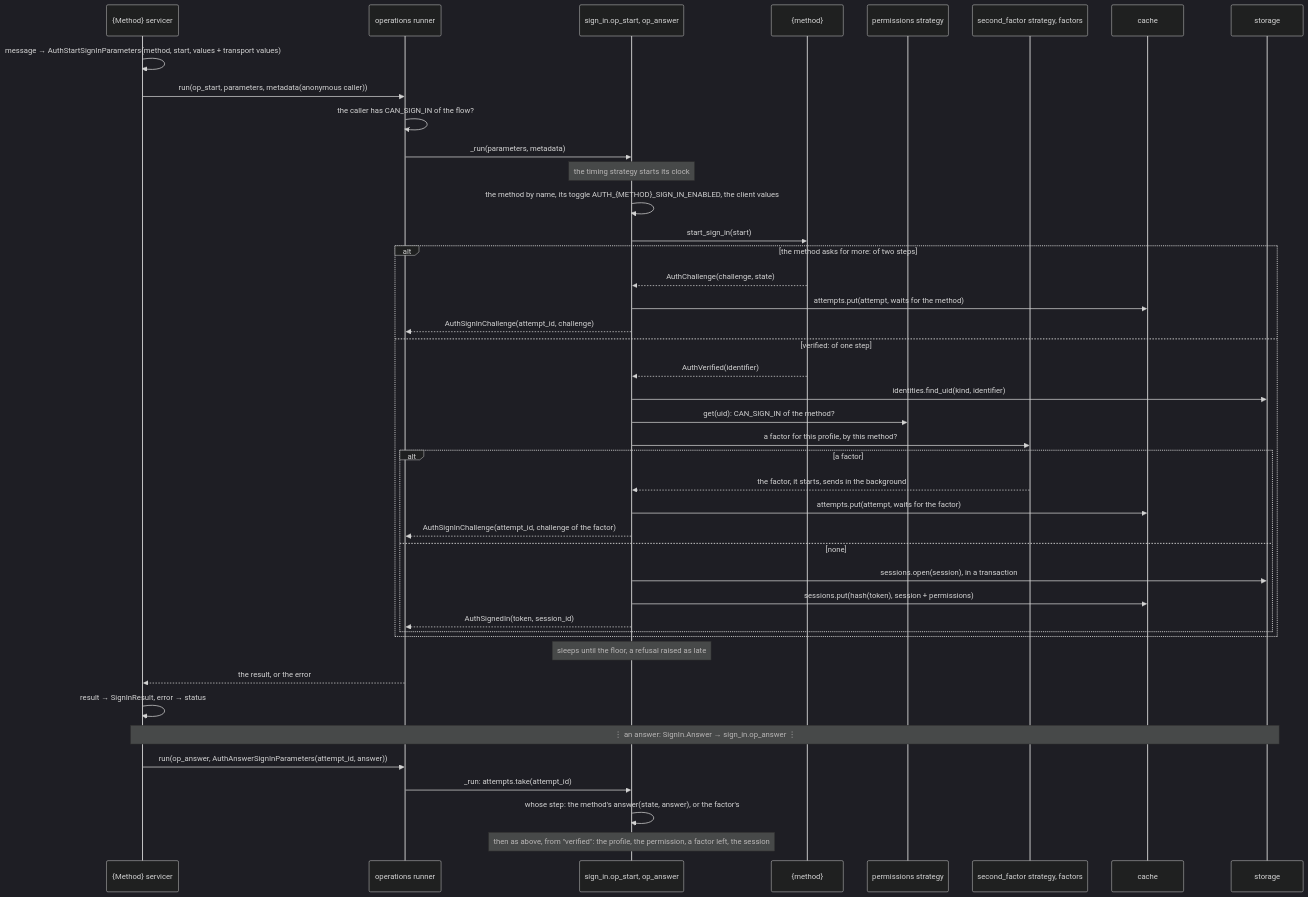
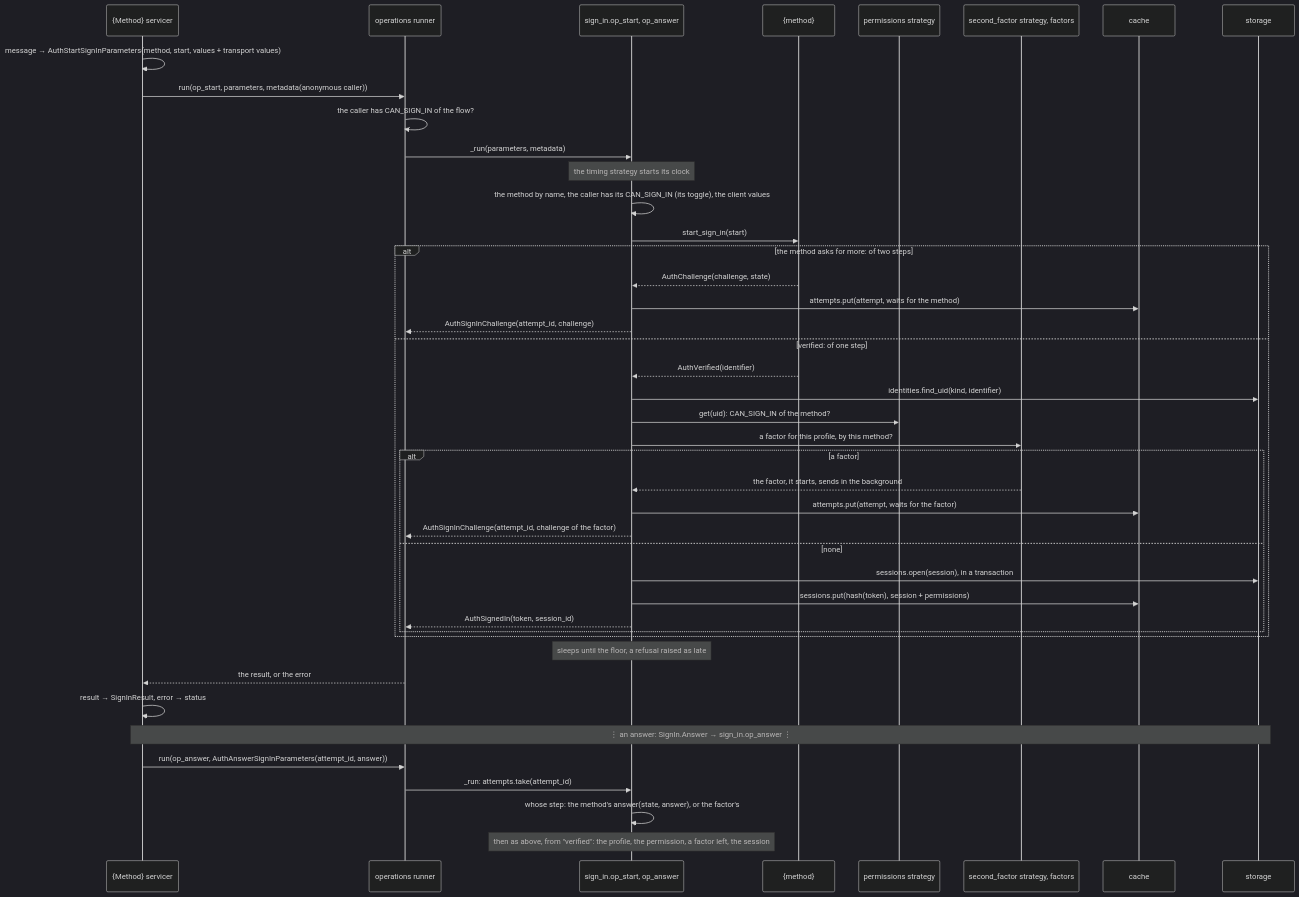
The third of 4 diagrams in docs/design/auth/methods/README.md (ak-ingots/ingots-libs), drawn with Mermaid (dark theme) before and after one commit. The commit also changed other lines of this file and 5 other files, not shown here.

````diff
--- a/docs/design/auth/methods/README.md
+++ b/docs/design/auth/methods/README.md
@@ -225,45 +225,45 @@
 ```mermaid
 sequenceDiagram
     participant Servicer as {Method} servicer
     participant Runner as operations runner
     participant Flow as sign_in.op_start, op_answer
     participant Method as {method}
     participant Perms as permissions strategy
     participant Factor as second_factor strategy, factors
     participant Cache as cache
     participant Storage as storage
     Servicer->>Servicer: message → AuthStartSignInParameters(method, start, values + transport values)
     Servicer->>Runner: run(op_start, parameters, metadata(anonymous caller))
     Runner->>Runner: the caller has CAN_SIGN_IN of the flow?
     Runner->>Flow: _run(parameters, metadata)
     Note over Flow: the timing strategy starts its clock
-    Flow->>Flow: the method by name, its toggle AUTH_{METHOD}_SIGN_IN_ENABLED, the client values
+    Flow->>Flow: the method by name, the caller has its CAN_SIGN_IN (its toggle), the client values
     Flow->>Method: start_sign_in(start)
     alt the method asks for more: of two steps
         Method-->>Flow: AuthChallenge(challenge, state)
         Flow->>Cache: attempts.put(attempt, waits for the method)
         Flow-->>Runner: AuthSignInChallenge(attempt_id, challenge)
     else verified: of one step
         Method-->>Flow: AuthVerified(identifier)
         Flow->>Storage: identities.find_uid(kind, identifier)
         Flow->>Perms: get(uid): CAN_SIGN_IN of the method?
         Flow->>Factor: a factor for this profile, by this method?
         alt a factor
             Factor-->>Flow: the factor, it starts, sends in the background
             Flow->>Cache: attempts.put(attempt, waits for the factor)
             Flow-->>Runner: AuthSignInChallenge(attempt_id, challenge of the factor)
         else none
             Flow->>Storage: sessions.open(session), in a transaction
             Flow->>Cache: sessions.put(hash(token), session + permissions)
             Flow-->>Runner: AuthSignedIn(token, session_id)
         end
     end
     Note over Flow: sleeps until the floor, a refusal raised as late
     Runner-->>Servicer: the result, or the error
     Servicer->>Servicer: result → SignInResult, error → status
     Note over Servicer,Storage: ⋮ an answer: SignIn.Answer → sign_in.op_answer ⋮
     Servicer->>Runner: run(op_answer, AuthAnswerSignInParameters(attempt_id, answer))
     Runner->>Flow: _run: attempts.take(attempt_id)
     Flow->>Flow: whose step: the method's answer(state, answer), or the factor's
     Note over Flow: then as above, from "verified": the profile, the permission, a factor left, the session
 ```
````
